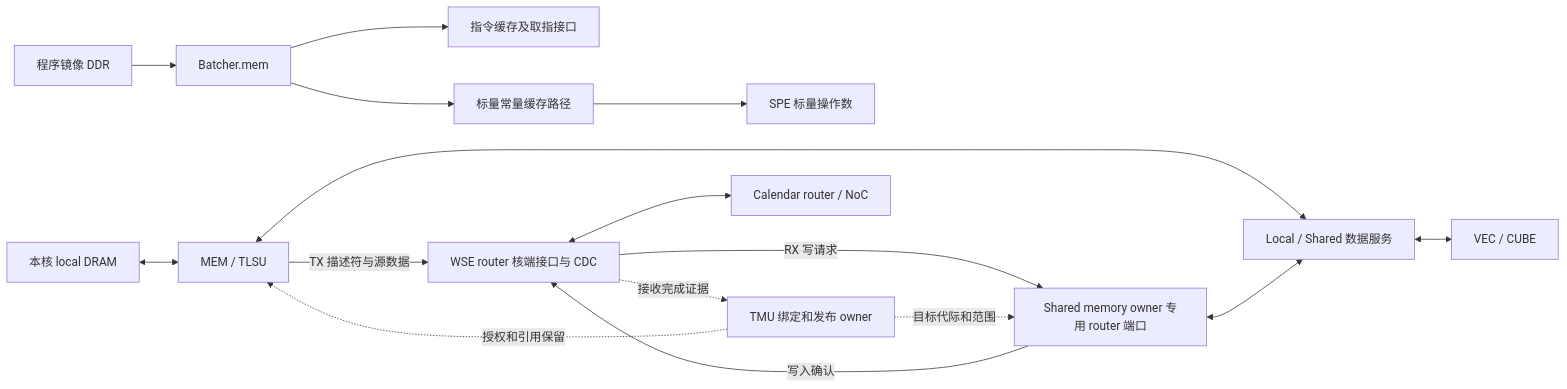
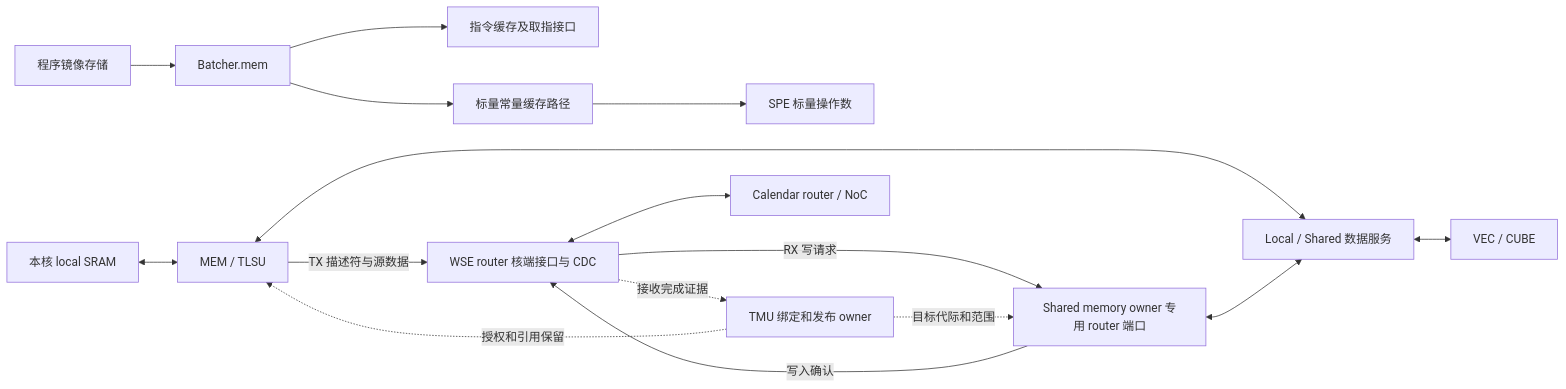
One commit to PTO-ISA/wse-model changed the third of 12 diagrams in docs/design/wse-system-architecture-whitepaper.md. Above: the diagram before and after it, drawn with Mermaid. The commit also changed other lines of this file and 4 other files, not shown here.

Commit message:
docs: use local SRAM for WSE weight storage

````diff
--- a/docs/design/wse-system-architecture-whitepaper.md
+++ b/docs/design/wse-system-architecture-whitepaper.md
@@ -185,18 +202,18 @@
 ```mermaid
 flowchart LR
-  DDR[程序镜像 DDR] --> BM[Batcher.mem]
+  IMAGE[程序镜像存储] --> BM[Batcher.mem]
   BM --> IC[指令缓存及取指接口]
   BM --> DC[标量常量缓存路径]
   DC --> GPR[SPE 标量操作数]
-  DRAM[本核 local DRAM] <--> MEM[MEM / TLSU]
+  SRAM[本核 local SRAM] <--> MEM[MEM / TLSU]
   MEM <--> TILE[Local / Shared 数据服务]
   TILE <--> EU[VEC / CUBE]
   MEM -->|TX 描述符与源数据| ADP[WSE router 核端接口与 CDC]
   ADP -->|RX 写请求| SHM[Shared memory owner 专用 router 端口]
   SHM -->|写入确认| ADP
   SHM <--> TILE
   TMU[TMU 绑定和发布 owner] -.授权和引用保留.-> MEM
   TMU -.目标代际和范围.-> SHM
   ADP -.接收完成证据.-> TMU
   ADP <--> NOC[Calendar router / NoC]
 ```
````
